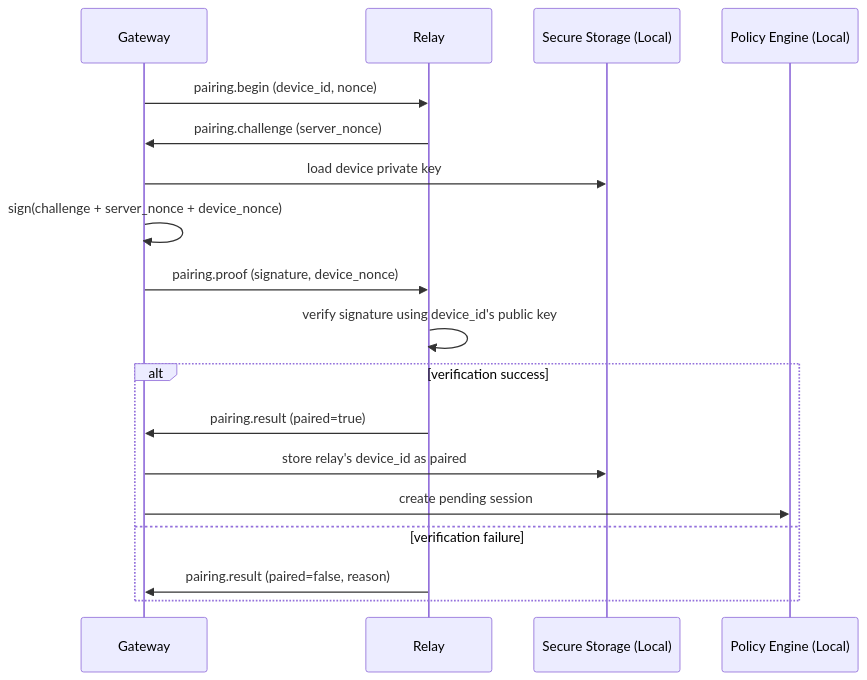
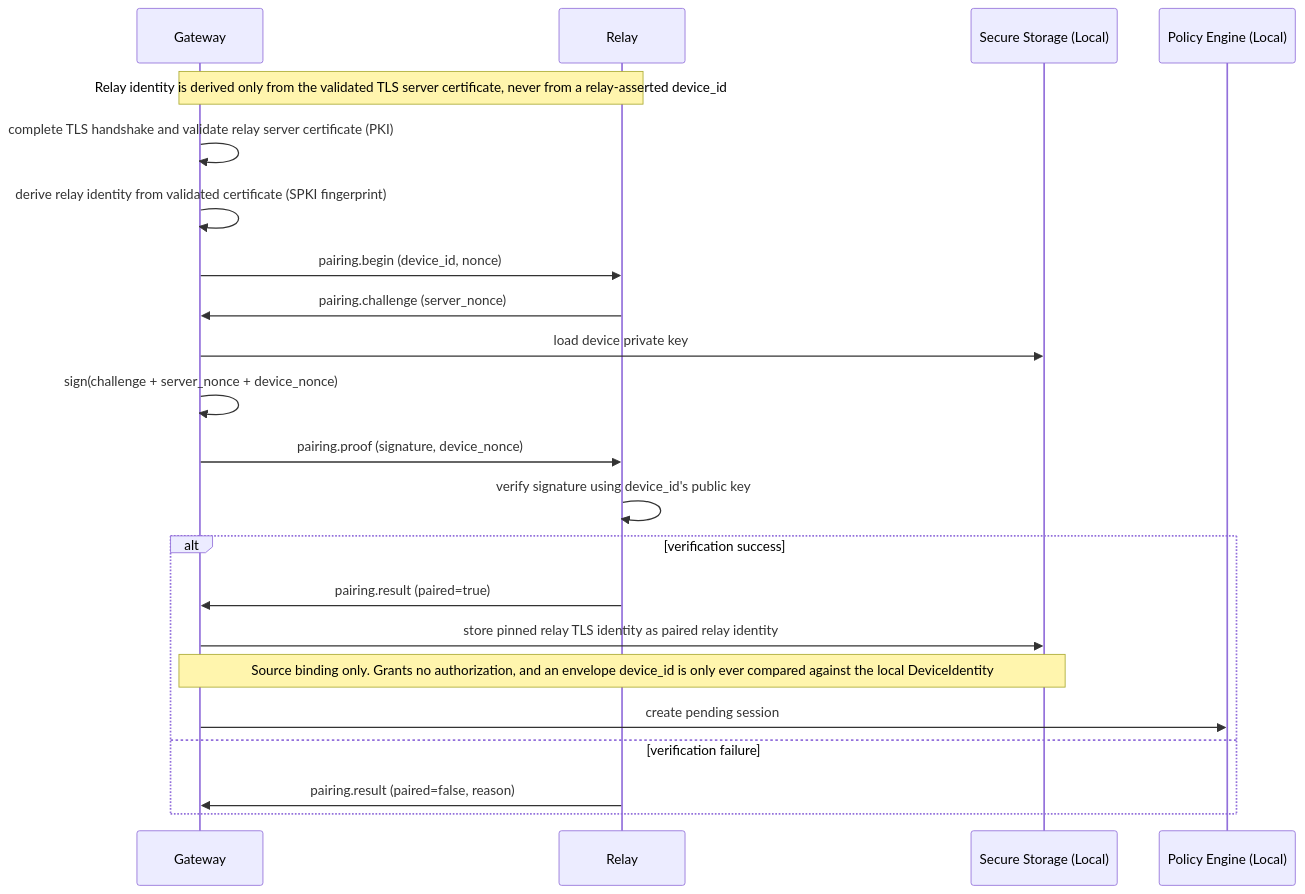
Before and after one commit to oaslananka/kicad-mcp-pro-gateway: the first of 8 diagrams in docs/security/sequence-diagrams.md, drawn with Mermaid. The commit also changed other lines of this file and 3 other files, not shown here.

First line of the commit message:
docs: fail closed on out-of-window messages and pin relay identity to TLS

````diff
--- a/docs/security/sequence-diagrams.md
+++ b/docs/security/sequence-diagrams.md
@@ -5,21 +5,25 @@
 ```mermaid
 sequenceDiagram
     participant Gateway
     participant Relay
     participant SecureStore as Secure Storage (Local)
     participant PolicyEngine as Policy Engine (Local)
 
+    Note over Gateway,Relay: Relay identity is derived only from the validated TLS server certificate, never from a relay-asserted device_id
+    Gateway->>Gateway: complete TLS handshake and validate relay server certificate (PKI)
+    Gateway->>Gateway: derive relay identity from validated certificate (SPKI fingerprint)
     Gateway->>Relay: pairing.begin (device_id, nonce)
     Relay->>Gateway: pairing.challenge (server_nonce)
     Gateway->>SecureStore: load device private key
     Gateway->>Gateway: sign(challenge + server_nonce + device_nonce)
     Gateway->>Relay: pairing.proof (signature, device_nonce)
     Relay->>Relay: verify signature using device_id's public key
     alt verification success
         Relay->>Gateway: pairing.result (paired=true)
-        Gateway->>SecureStore: store relay's device_id as paired
+        Gateway->>SecureStore: store pinned relay TLS identity as paired relay identity
+        Note over Gateway,SecureStore: Source binding only. Grants no authorization, and an envelope device_id is only ever compared against the local DeviceIdentity
         Gateway->>PolicyEngine: create pending session
     else verification failure
         Relay->>Gateway: pairing.result (paired=false, reason)
     end
 ```
````
